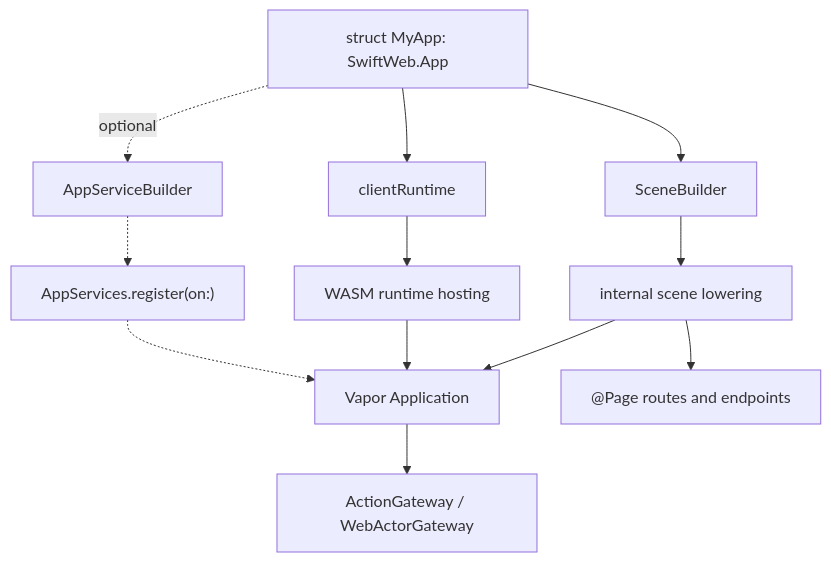
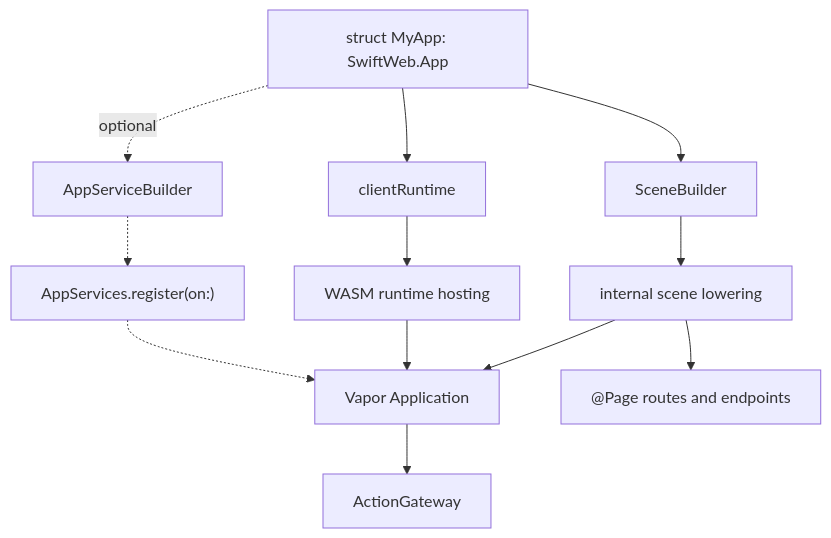
The second of 10 diagrams in Sources/SwiftWeb/README.md (1amageek/swift-web), drawn with Mermaid before and after one commit. The commit also changed other lines of this file and 354 other files, not shown here.

````diff
--- a/Sources/SwiftWeb/README.md
+++ b/Sources/SwiftWeb/README.md
@@ -61,14 +59,14 @@
 ```mermaid
 flowchart TD
   A["struct MyApp: SwiftWeb.App"] --> B["SceneBuilder"]
   A --> R["clientRuntime"]
   B --> C["internal scene lowering"]
   R --> W["WASM runtime hosting"]
   C --> D["Vapor Application"]
   W --> D
   C --> E["@Page routes and endpoints"]
   A -. optional .-> S["AppServiceBuilder"]
   S -.-> G["AppServices.register(on:)"]
   G -.-> D
-  D --> F["ActionGateway / WebActorGateway"]
+  D --> F["ActionGateway"]
 ```
````
